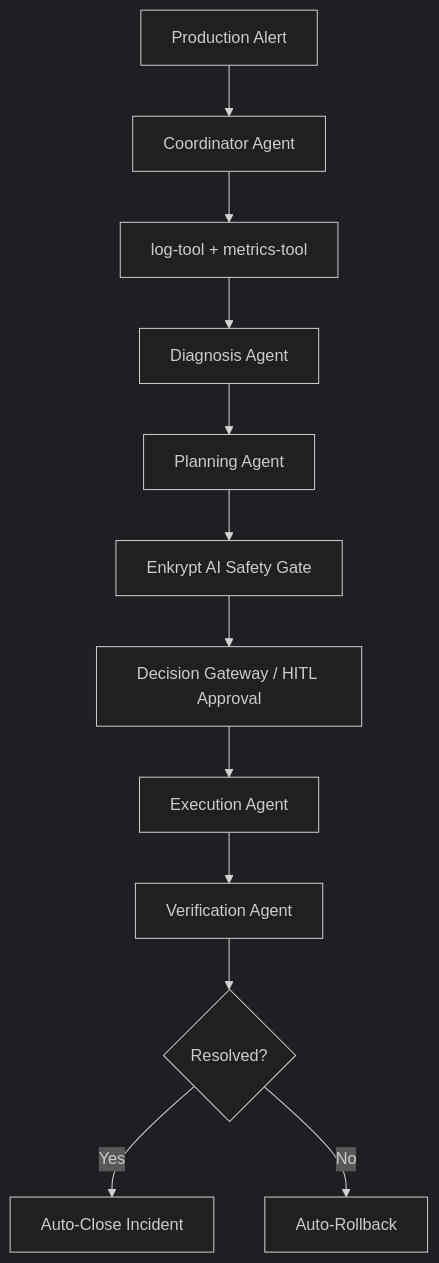
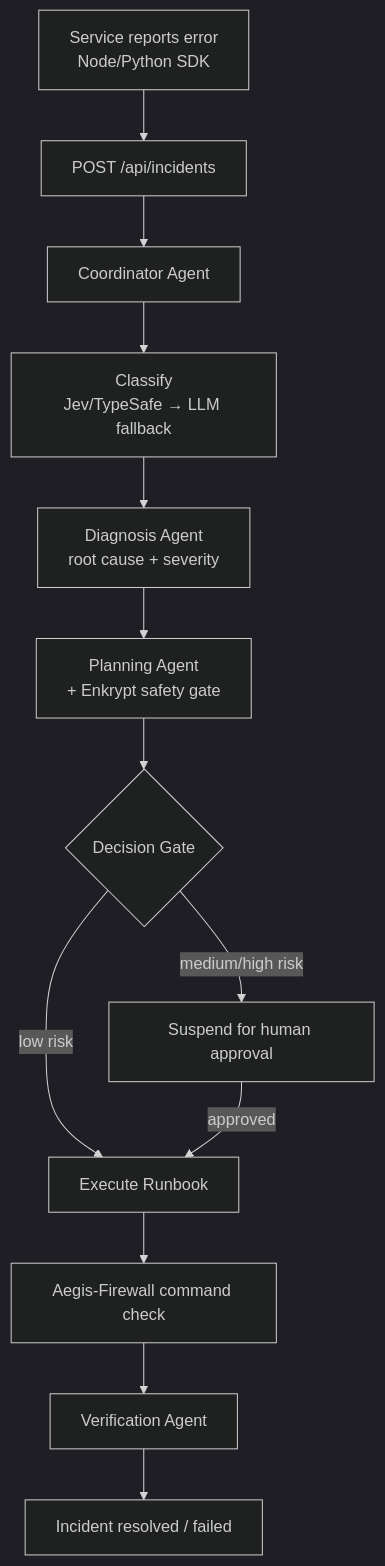
One commit to ghoshvidip26/AegisSRE-Signoz changed the diagram in README.md. Above: the diagram before and after it, drawn with Mermaid (dark theme). The commit also changed other lines of this file and 4 other files, not shown here.

````diff
--- a/README.md
+++ b/README.md
@@ -31,14 +9,15 @@
 ```mermaid
 graph TD
-    A[Production Alert] --> B[Coordinator Agent]
-    B --> C[log-tool + metrics-tool]
-    C --> D[Diagnosis Agent]
-    D --> E[Planning Agent]
-    E --> F[Enkrypt AI Safety Gate]
-    F --> G[Decision Gateway / HITL Approval]
-    G --> H[Execution Agent]
-    H --> I[Verification Agent]
-    I --> J{Resolved?}
-    J -- Yes --> K[Auto-Close Incident]
-    J -- No --> L[Auto-Rollback]
+    A[Service reports error<br/>Node/Python SDK] --> B[POST /api/incidents]
+    B --> C[Coordinator Agent]
+    C --> D[Classify<br/>Jev/TypeSafe → LLM fallback]
+    D --> E[Diagnosis Agent<br/>root cause + severity]
+    E --> F[Planning Agent<br/>+ Enkrypt safety gate]
+    F --> G{Decision Gate}
+    G -- low risk --> H[Execute Runbook]
+    G -- medium/high risk --> I[Suspend for human approval]
+    I -- approved --> H
+    H --> J[Aegis-Firewall command check]
+    J --> K[Verification Agent]
+    K --> L[Incident resolved / failed]
 ```
````
